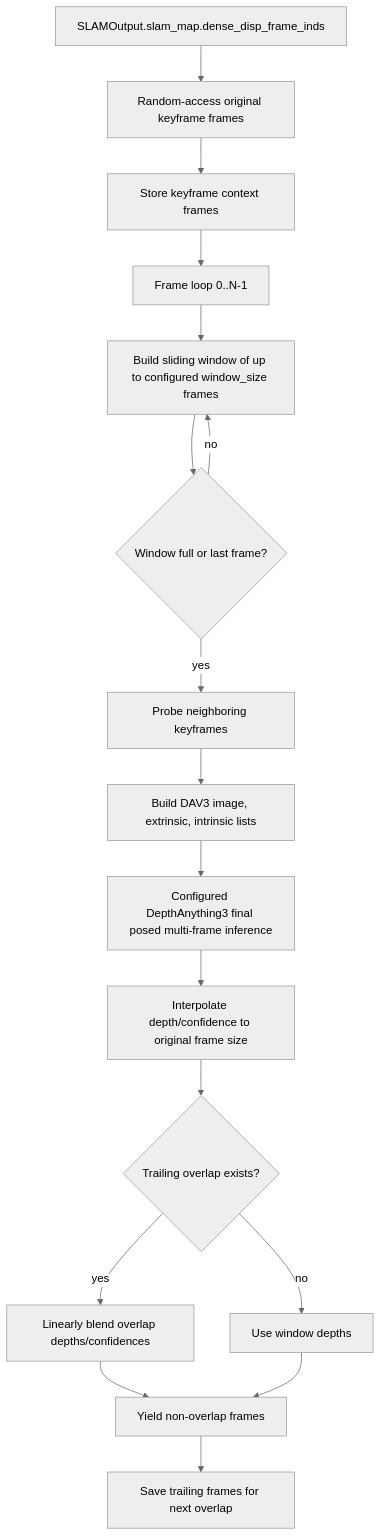
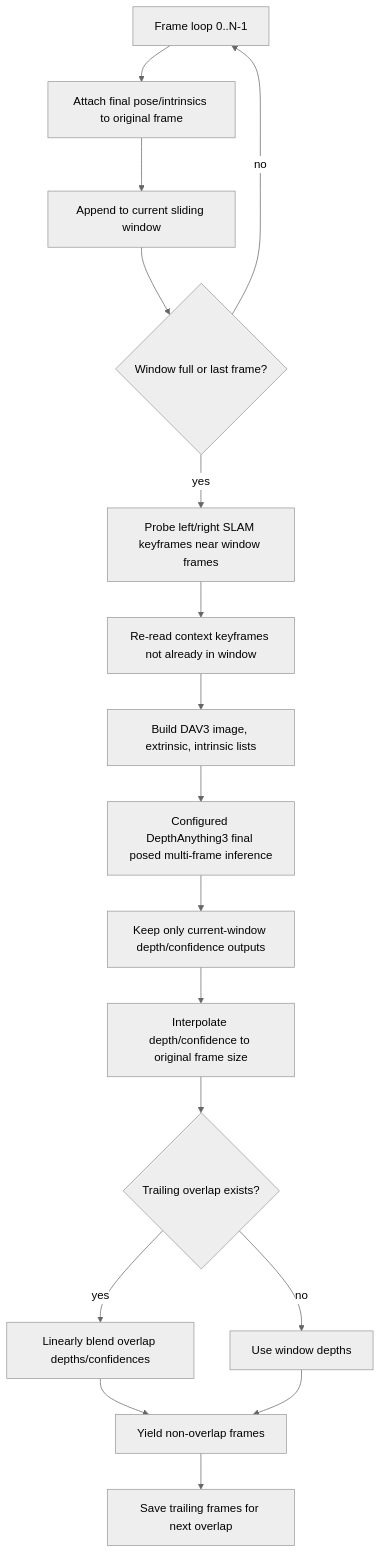
Before and after one commit to sadanand1120/vipe: the tenth of 12 diagrams in fullexplain.md, drawn with Mermaid (neutral theme). The commit also changed other lines of this file and 7 other files, not shown here.

````diff
--- a/fullexplain.md
+++ b/fullexplain.md
@@ -1792,19 +1680,19 @@
 ```mermaid
 flowchart TD
-    A[SLAMOutput.slam_map.dense_disp_frame_inds] --> B[Random-access original keyframe frames]
-    B --> C[Store keyframe context frames]
-    C --> D[Frame loop 0..N-1]
-    D --> E[Build sliding window of up to configured window_size frames]
-    E --> F{Window full or last frame?}
-    F -->|no| E
-    F -->|yes| G[Probe neighboring keyframes]
-    G --> H[Build DAV3 image, extrinsic, intrinsic lists]
-    H --> I[Configured DepthAnything3 final posed multi-frame inference]
+    A[Frame loop 0..N-1] --> B[Attach final pose/intrinsics to original frame]
+    B --> C[Append to current sliding window]
+    C --> D{Window full or last frame?}
+    D -->|no| A
+    D -->|yes| E[Probe left/right SLAM keyframes near window frames]
+    E --> F[Re-read context keyframes not already in window]
+    F --> G[Build DAV3 image, extrinsic, intrinsic lists]
+    G --> H[Configured DepthAnything3 final posed multi-frame inference]
+    H --> I[Keep only current-window depth/confidence outputs]
     I --> J[Interpolate depth/confidence to original frame size]
     J --> K{Trailing overlap exists?}
     K -->|yes| L[Linearly blend overlap depths/confidences]
     K -->|no| M[Use window depths]
     L --> N[Yield non-overlap frames]
     M --> N
     N --> O[Save trailing frames for next overlap]
 ```
````
